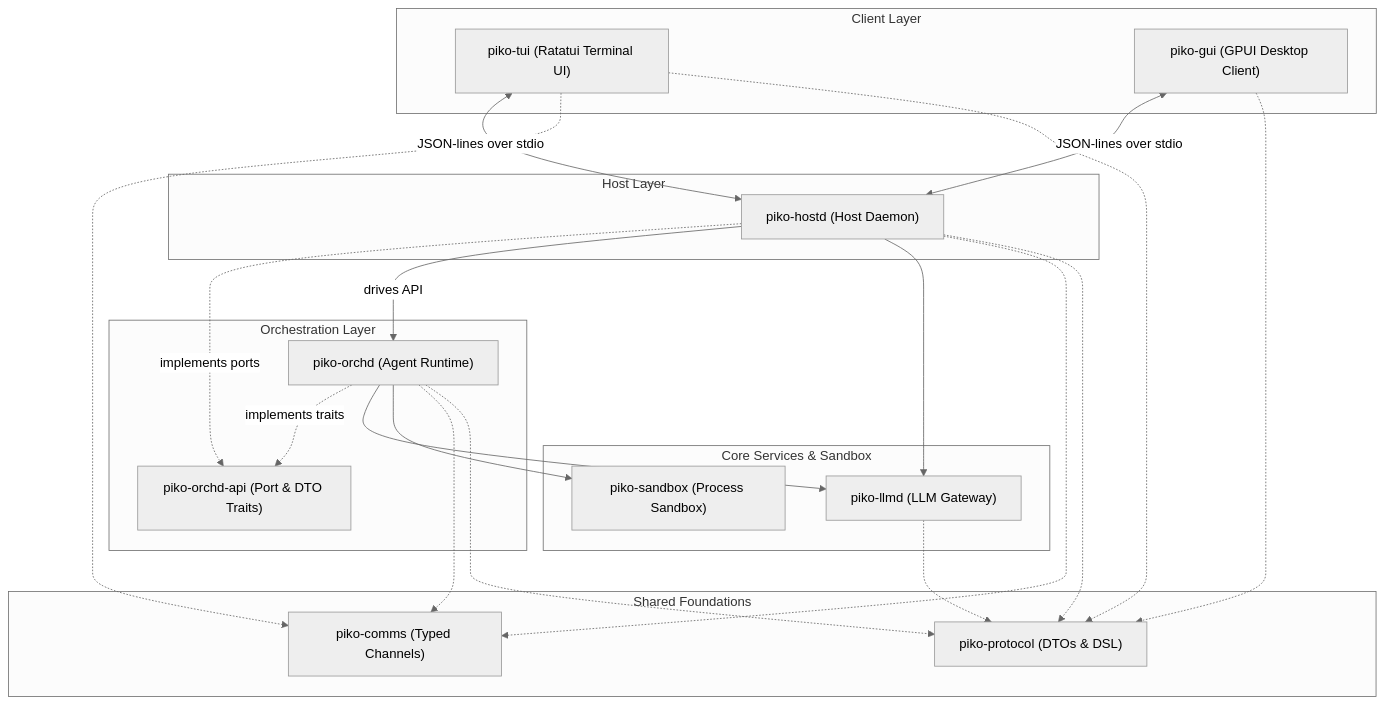
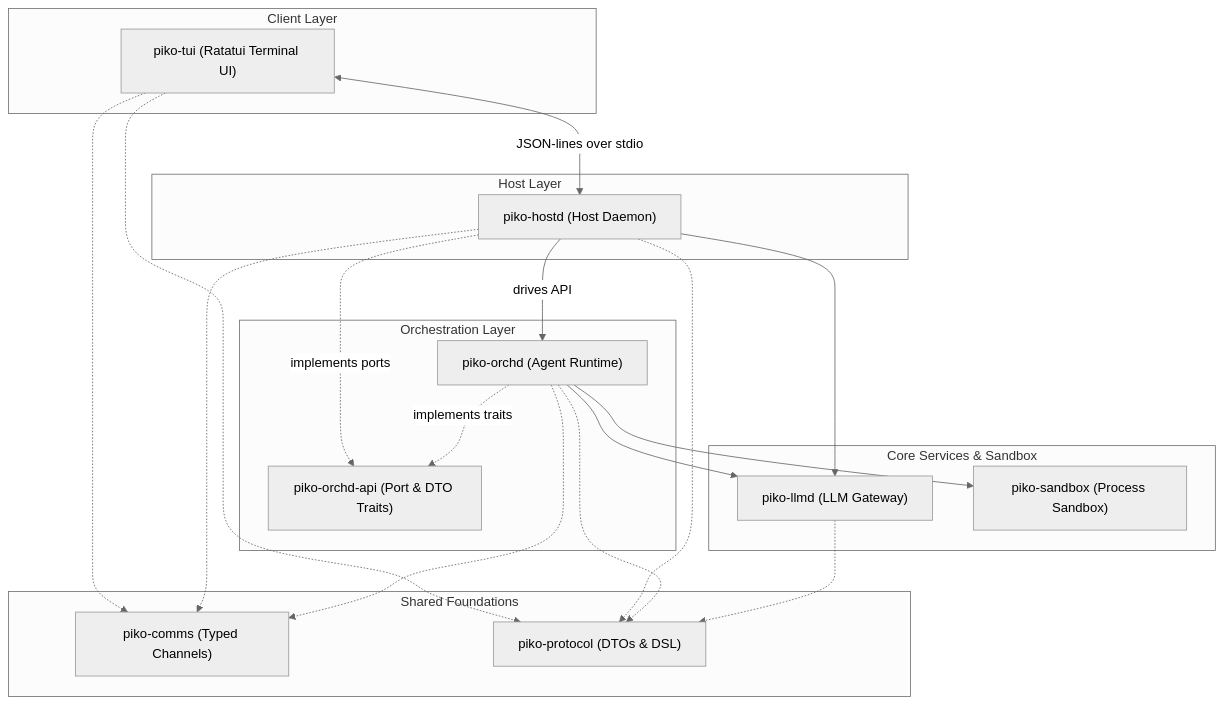
Before and after one commit to biuld/piko: the diagram in README.md, drawn with Mermaid (neutral theme). The commit also changed other lines of this file and 197 other files, not shown here.

Commit message:
refactor: remove gui client

````diff
--- a/README.md
+++ b/README.md
@@ -11,47 +11,44 @@
 ```mermaid
 graph TD
     subgraph Client Layer
         TUI["piko-tui (Ratatui Terminal UI)"]
-        GUI["piko-gui (GPUI Desktop Client)"]
     end
 
     subgraph Host Layer
         Hostd["piko-hostd (Host Daemon)"]
     end
 
     subgraph Orchestration Layer
         OrchdApi["piko-orchd-api (Port & DTO Traits)"]
         Orchd["piko-orchd (Agent Runtime)"]
     end
 
     subgraph Core Services & Sandbox
         LLMd["piko-llmd (LLM Gateway)"]
         Sandbox["piko-sandbox (Process Sandbox)"]
     end
 
     subgraph Shared Foundations
         Comms["piko-comms (Typed Channels)"]
         Protocol["piko-protocol (DTOs & DSL)"]
     end
 
     %% Flow of control
     TUI <-->|JSON-lines over stdio| Hostd
-    GUI <-->|JSON-lines over stdio| Hostd
     Hostd -.->|implements ports| OrchdApi
     Orchd -.->|implements traits| OrchdApi
     Hostd -->|drives API| Orchd
     Orchd --> LLMd
     Hostd --> LLMd
     Orchd --> Sandbox
 
     %% Core dependencies
     TUI -.-> Comms
     Hostd -.-> Comms
     Orchd -.-> Comms
 
     TUI -.-> Protocol
-    GUI -.-> Protocol
     Hostd -.-> Protocol
     Orchd -.-> Protocol
     LLMd -.-> Protocol
 ```
````
